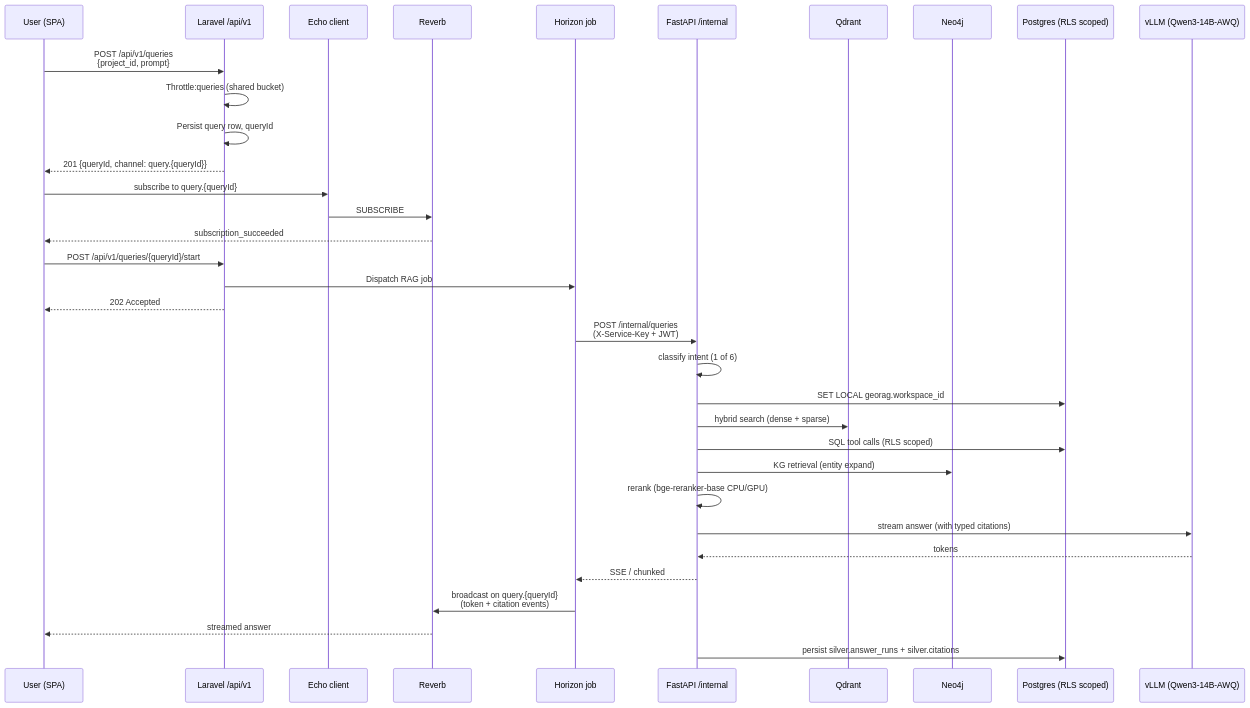
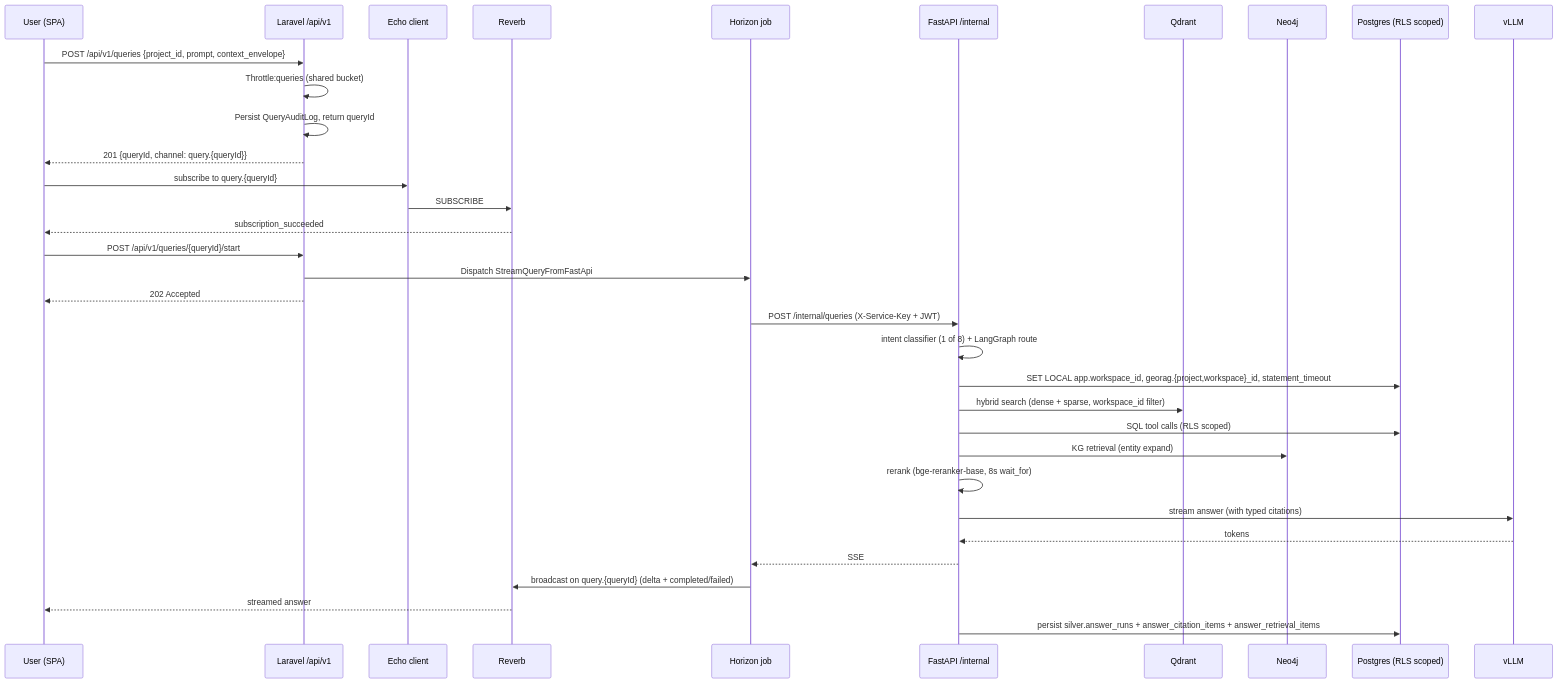
Before and after one commit to kjmaguire/GeoRag-Intelligent-V2.1: the third of 5 diagrams in docs/handover/DFS.md, drawn with Mermaid. The commit also changed other lines of this file and 8 other files, not shown here.

````diff
--- a/docs/handover/DFS.md
+++ b/docs/handover/DFS.md
@@ -102,37 +97,37 @@
 ```mermaid
 sequenceDiagram
     participant U as User (SPA)
     participant L as Laravel /api/v1
     participant E as Echo client
     participant R as Reverb
     participant H as Horizon job
     participant F as FastAPI /internal
     participant Q as Qdrant
     participant N as Neo4j
     participant P as Postgres (RLS scoped)
-    participant V as vLLM (Qwen3-14B-AWQ)
+    participant V as vLLM
 
-    U->>L: POST /api/v1/queries<br/>{project_id, prompt}
+    U->>L: POST /api/v1/queries {project_id, prompt, context_envelope}
     L->>L: Throttle:queries (shared bucket)
-    L->>L: Persist query row, queryId
+    L->>L: Persist QueryAuditLog, return queryId
     L-->>U: 201 {queryId, channel: query.{queryId}}
     U->>E: subscribe to query.{queryId}
     E->>R: SUBSCRIBE
     R-->>U: subscription_succeeded
     U->>L: POST /api/v1/queries/{queryId}/start
-    L->>H: Dispatch RAG job
+    L->>H: Dispatch StreamQueryFromFastApi
     L-->>U: 202 Accepted
-    H->>F: POST /internal/queries<br/>(X-Service-Key + JWT)
-    F->>F: classify intent (1 of 6)
-    F->>P: SET LOCAL georag.workspace_id
-    F->>Q: hybrid search (dense + sparse)
+    H->>F: POST /internal/queries (X-Service-Key + JWT)
+    F->>F: intent classifier (1 of 8) + LangGraph route
+    F->>P: SET LOCAL app.workspace_id, georag.{project,workspace}_id, statement_timeout
+    F->>Q: hybrid search (dense + sparse, workspace_id filter)
     F->>P: SQL tool calls (RLS scoped)
     F->>N: KG retrieval (entity expand)
-    F->>F: rerank (bge-reranker-base CPU/GPU)
+    F->>F: rerank (bge-reranker-base, 8s wait_for)
     F->>V: stream answer (with typed citations)
     V-->>F: tokens
-    F-->>H: SSE / chunked
-    H->>R: broadcast on query.{queryId}<br/>(token + citation events)
+    F-->>H: SSE
+    H->>R: broadcast on query.{queryId} (delta + completed/failed)
     R-->>U: streamed answer
-    F->>P: persist silver.answer_runs + silver.citations
+    F->>P: persist silver.answer_runs + answer_citation_items + answer_retrieval_items
 ```
````
